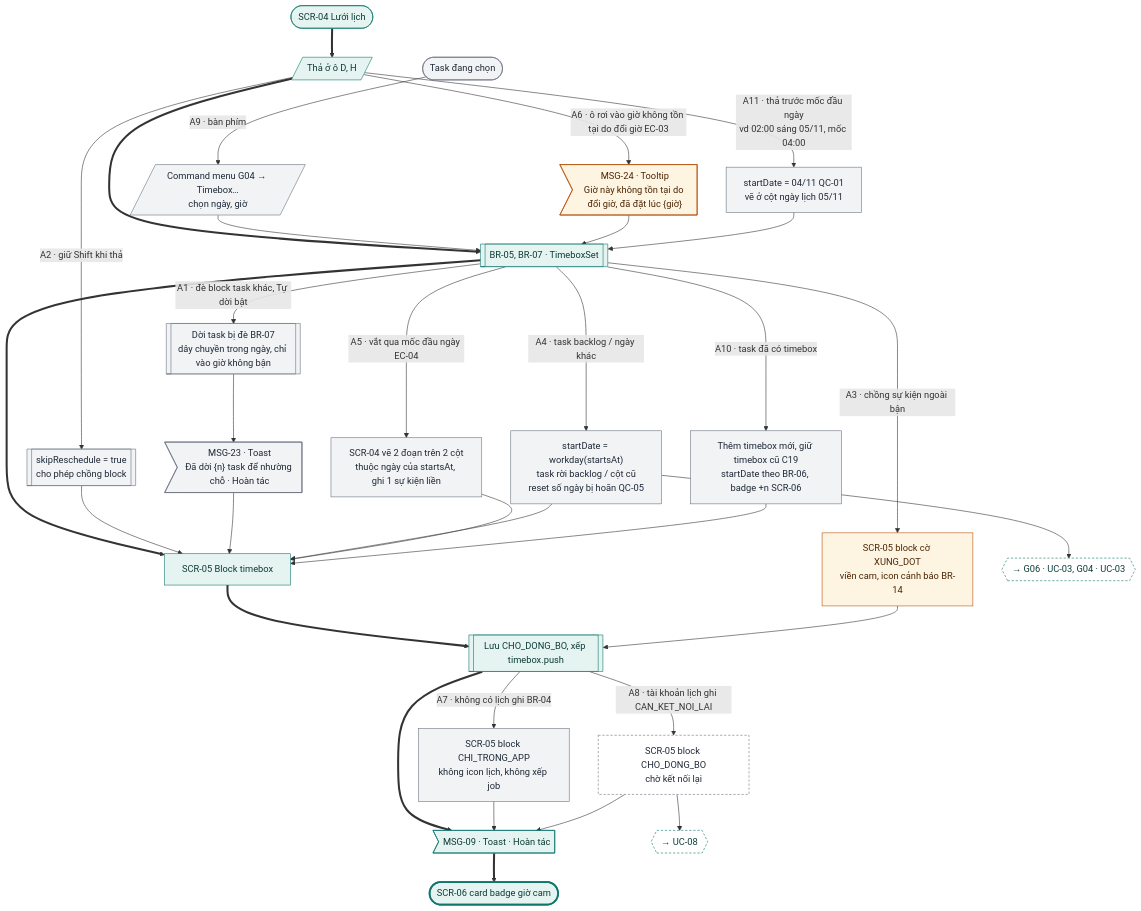
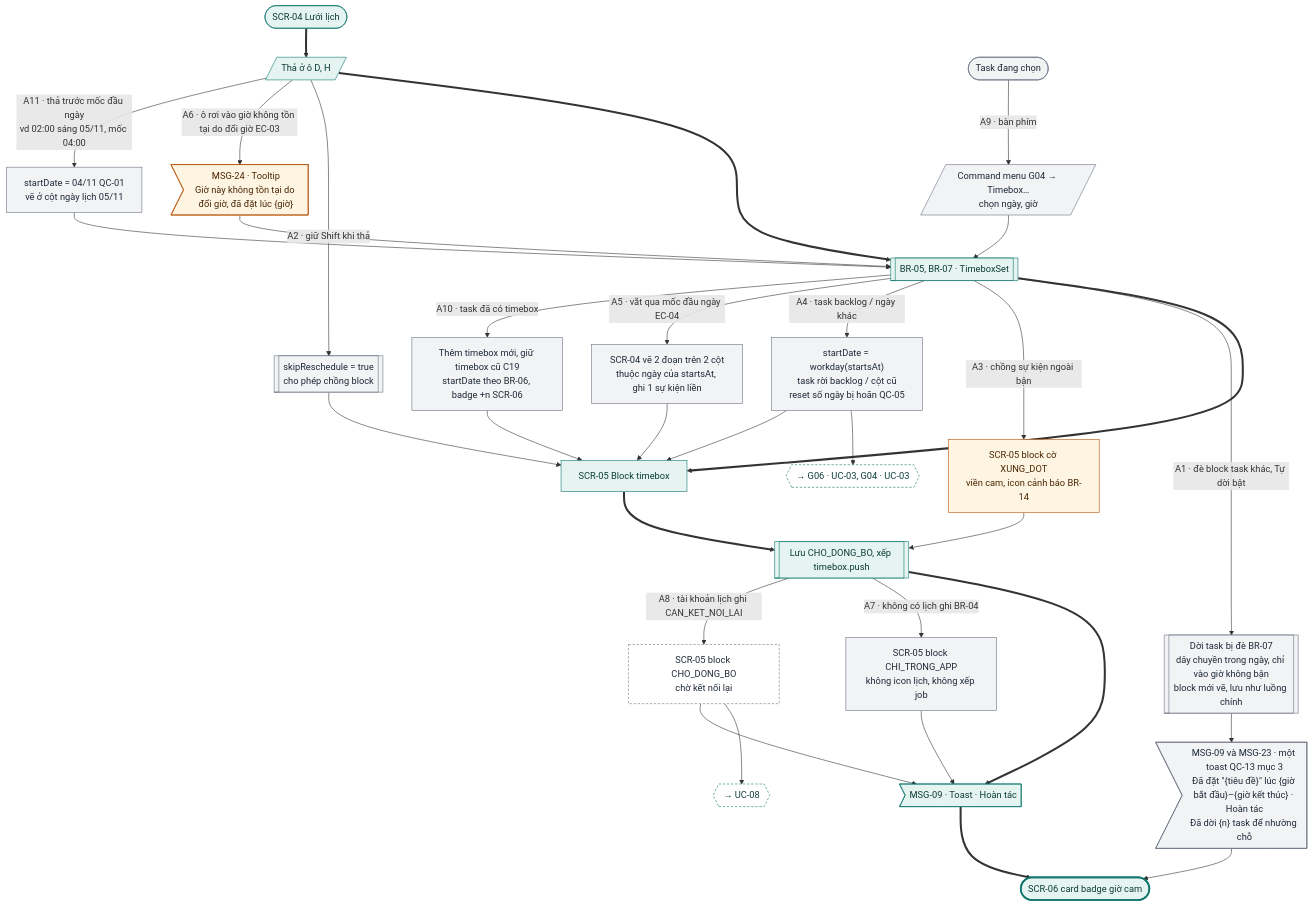
Before and after one commit to tannguyenho/personal-app: the sixth of 22 diagrams in docs/design-brief/flow/g05-lich-timebox.md, drawn with Mermaid. The commit also changed other lines of this file and 7 other files, not shown here.

First line of the commit message:
docs(G05, G07): áp quyết định PO 09/11 vào SRS, PRD, flow; QC-10, IA khay

````diff
--- a/docs/design-brief/flow/g05-lich-timebox.md
+++ b/docs/design-brief/flow/g05-lich-timebox.md
@@ -252,53 +258,53 @@
 ```mermaid
 flowchart TD
   start(["SCR-04 Lưới lịch"])
   u2[/"Thả ở ô D, H"/]
   p1[["BR-05, BR-07 · TimeboxSet"]]
   s2["SCR-05 Block timebox"]
   p2[["Lưu CHO_DONG_BO, xếp timebox.push"]]
   m1>"MSG-09 · Toast · Hoàn tác"]
   ok(["SCR-06 card badge giờ cam"])
   start ==> u2 ==> p1 ==> s2 ==> p2 ==> m1 ==> ok
 
   start9(["Task đang chọn"]) -->|"A9 · bàn phím"| a9[/"Command menu G04 → Timebox…<br/>chọn ngày, giờ"/]
   a9 --> p1
   u2 -->|"A2 · giữ Shift khi thả"| a2[["skipReschedule = true<br/>cho phép chồng block"]]
   a2 --> s2
   u2 -->|"A6 · ô rơi vào giờ không tồn tại do đổi giờ EC-03"| a6m>"MSG-24 · Tooltip<br/>Giờ này không tồn tại do đổi giờ, đã đặt lúc {giờ}"]
   a6m --> p1
   u2 -->|"A11 · thả trước mốc đầu ngày<br/>vd 02:00 sáng 05/11, mốc 04:00"| a11["startDate = 04/11 QC-01<br/>vẽ ở cột ngày lịch 05/11"]
   a11 --> p1
-  p1 -->|"A1 · đè block task khác, Tự dời bật"| a1[["Dời task bị đè BR-07<br/>dây chuyền trong ngày, chỉ vào giờ không bận"]]
-  a1 --> a1m>"MSG-23 · Toast<br/>Đã dời {n} task để nhường chỗ · Hoàn tác"]
-  a1m --> s2
+  p1 -->|"A1 · đè block task khác, Tự dời bật"| a1[["Dời task bị đè BR-07<br/>dây chuyền trong ngày, chỉ vào giờ không bận<br/>block mới vẽ, lưu như luồng chính"]]
+  a1 --> a1m>"MSG-09 và MSG-23 · một toast QC-13 mục 3<br/>Đã đặt #quot;{tiêu đề}#quot; lúc {giờ bắt đầu}–{giờ kết thúc} · Hoàn tác<br/>Đã dời {n} task để nhường chỗ"]
+  a1m --> ok
   p1 -->|"A3 · chồng sự kiện ngoài bận"| a3["SCR-05 block cờ XUNG_DOT<br/>viền cam, icon cảnh báo BR-14"]
   a3 --> p2
   p1 -->|"A4 · task backlog / ngày khác"| a4["startDate = workday(startsAt)<br/>task rời backlog / cột cũ<br/>reset số ngày bị hoãn QC-05"]
   a4 --> a4x{{"→ G06 · UC-03, G04 · UC-03"}}
   a4 --> s2
   p1 -->|"A5 · vắt qua mốc đầu ngày EC-04"| a5["SCR-04 vẽ 2 đoạn trên 2 cột<br/>thuộc ngày của startsAt, ghi 1 sự kiện liền"]
   a5 --> s2
   p1 -->|"A10 · task đã có timebox"| a10["Thêm timebox mới, giữ timebox cũ C19<br/>startDate theo BR-06, badge +n SCR-06"]
   a10 --> s2
   p2 -->|"A7 · không có lịch ghi BR-04"| a7["SCR-05 block CHI_TRONG_APP<br/>không icon lịch, không xếp job"]
   a7 --> m1
   p2 -->|"A8 · tài khoản lịch ghi CAN_KET_NOI_LAI"| a8["SCR-05 block CHO_DONG_BO<br/>chờ kết nối lại"]
   a8 --> a8x{{"→ UC-08"}}
   a8 --> m1
 
   class start,u2,p1,s2,p2,m1 happy
   class start9,a9,a2,a11,a1,a1m,a4,a5,a10,a7 alt
   class a6m,a3 warn
   class a8 sync
   class a4x,a8x link
   class ok done
   classDef happy fill:#E6F4F1,stroke:#0F766E,color:#0B3B36
   classDef alt fill:#F1F3F5,stroke:#6B7280,color:#1F2937
   classDef err fill:#FDECEC,stroke:#B42318,color:#5C1010
   classDef warn fill:#FEF4E2,stroke:#B45309,color:#4A2604
   classDef ai fill:#F1ECFD,stroke:#6D28D9,color:#2E1065
   classDef sync fill:#FFFFFF,stroke:#6B7280,stroke-dasharray:4 3,color:#1F2937
   classDef link fill:#FFFFFF,stroke:#0F766E,stroke-dasharray:4 3,color:#0B3B36
   classDef done fill:#E6F4F1,stroke:#0F766E,stroke-width:3px,color:#0B3B36
   classDef fail fill:#FDECEC,stroke:#B42318,stroke-width:3px,color:#5C1010
 ```
````
